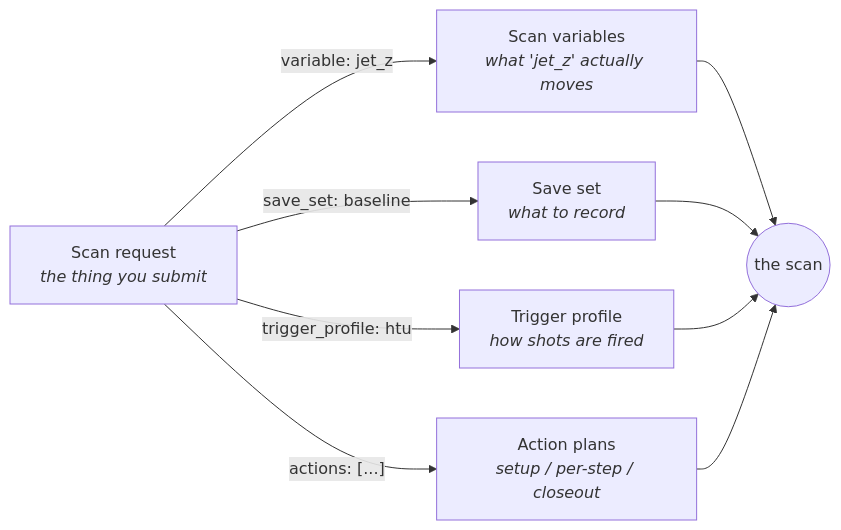
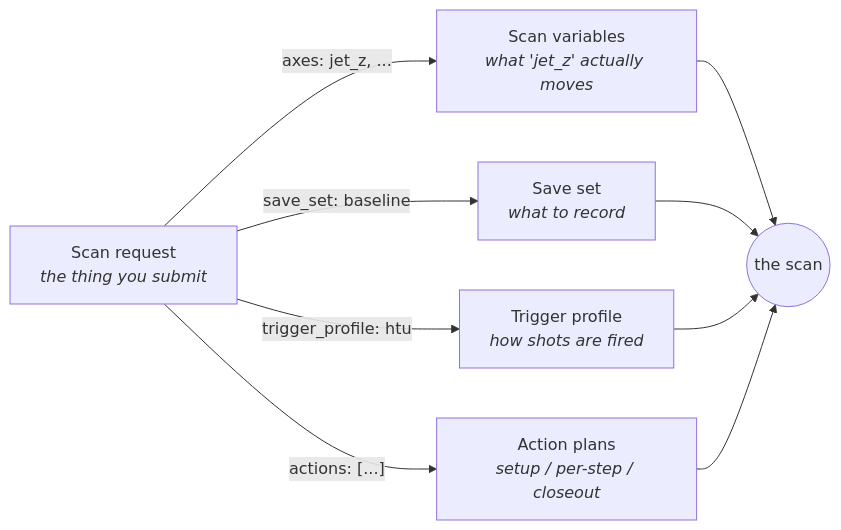
The diagram in docs/geecs_schemas/schemas_overview.md (GEECS-BELLA/GEECS-Plugins), drawn with Mermaid before and after one commit. The commit also changed other lines of this file and 9 other files, not shown here.

First line of the commit message:
feat(schemas): multi-axis step scans (grid) in ScanRequest

````diff
--- a/docs/geecs_schemas/schemas_overview.md
+++ b/docs/geecs_schemas/schemas_overview.md
@@ -45,18 +47,18 @@
 ```mermaid
 flowchart LR
     SR["Scan request<br/><i>the thing you submit</i>"]
     SV["Scan variables<br/><i>what 'jet_z' actually moves</i>"]
     SS["Save set<br/><i>what to record</i>"]
     TP["Trigger profile<br/><i>how shots are fired</i>"]
     AP["Action plans<br/><i>setup / per-step / closeout</i>"]
     SCAN(("the scan"))
 
-    SR -- "variable: jet_z" --> SV
+    SR -- "axes: jet_z, ..." --> SV
     SR -- "save_set: baseline" --> SS
     SR -- "trigger_profile: htu" --> TP
     SR -- "actions: [...]" --> AP
     SV --> SCAN
     SS --> SCAN
     TP --> SCAN
     AP --> SCAN
 ```
````
